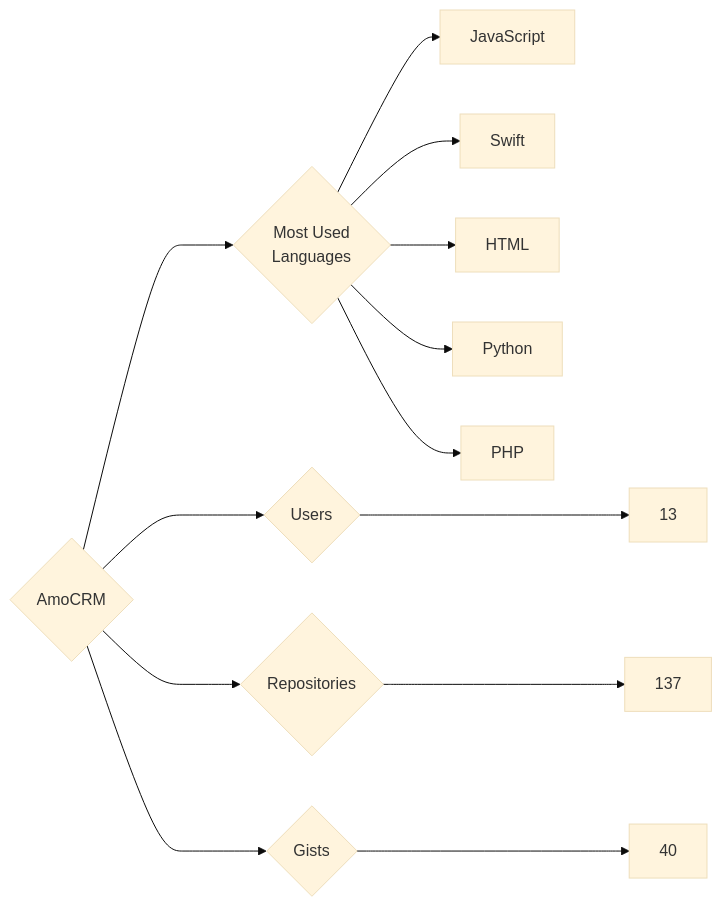
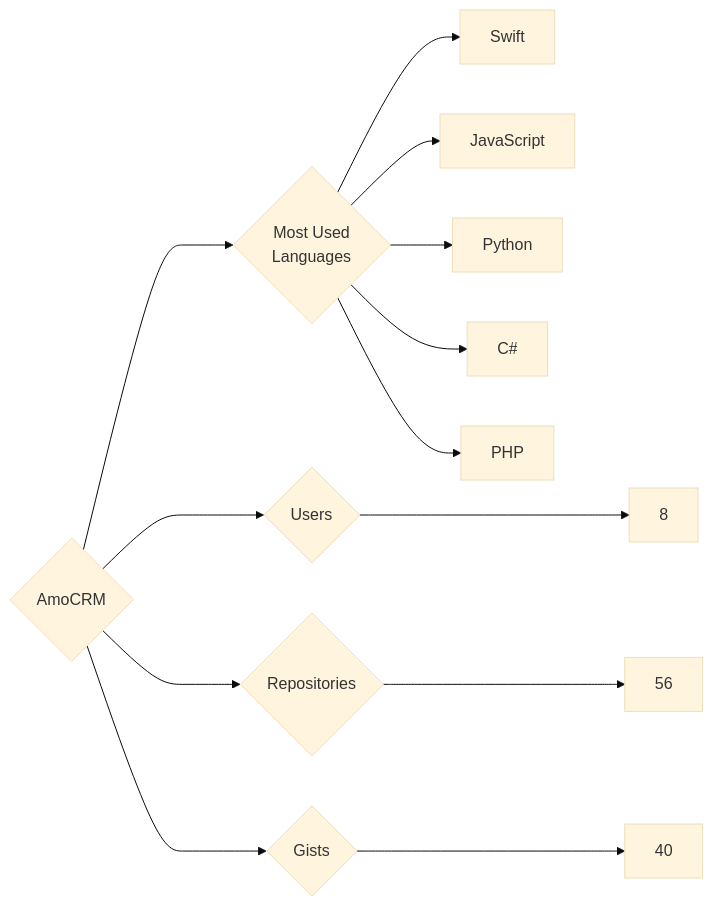
The diagram in targets/AmoCRM/README.md (trickest/insiders), drawn with Mermaid (base theme) before and after one commit. The commit also changed 814 other files, not shown here.

````diff
--- a/targets/AmoCRM/README.md
+++ b/targets/AmoCRM/README.md
@@ -3,13 +3,13 @@
 ```mermaid
 graph LR
 COMPANY_NAME{AmoCRM}
-COMPANY_NAME ---> U{Users} ---> UN[13]
-COMPANY_NAME ---> R{Repositories} ---> RN[137]
+COMPANY_NAME ---> U{Users} ---> UN[8]
+COMPANY_NAME ---> R{Repositories} ---> RN[56]
 COMPANY_NAME ---> G{Gists} ---> GN[40]
 COMPANY_NAME ---> ML{Most Used<br>Languages}
+ML --> Swift[Swift]
 ML --> JavaScript[JavaScript]
-ML --> Swift[Swift]
-ML --> HTML[HTML]
 ML --> Python[Python]
+ML --> C#[C#]
 ML --> PHP[PHP]
 ```
````
